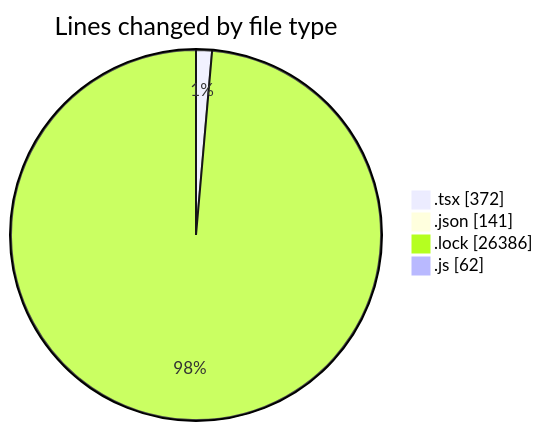
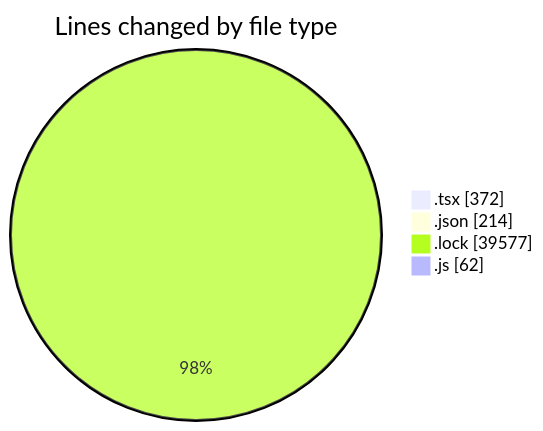
Before and after one commit to momahboobian/code-tracking: the first of 2 diagrams in 2025-03-10/cda/README.md, drawn with Mermaid. The commit also changed other lines of this file and 1 other file, not shown here.

````diff
--- a/2025-03-10/cda/README.md
+++ b/2025-03-10/cda/README.md
@@ -26,8 +28,8 @@
 ```mermaid
 pie showData
 title Lines changed by file type
 ".tsx" : 372
-".json" : 141
-".lock" : 26386
+".json" : 214
+".lock" : 39577
 ".js" : 62
 ```
````
